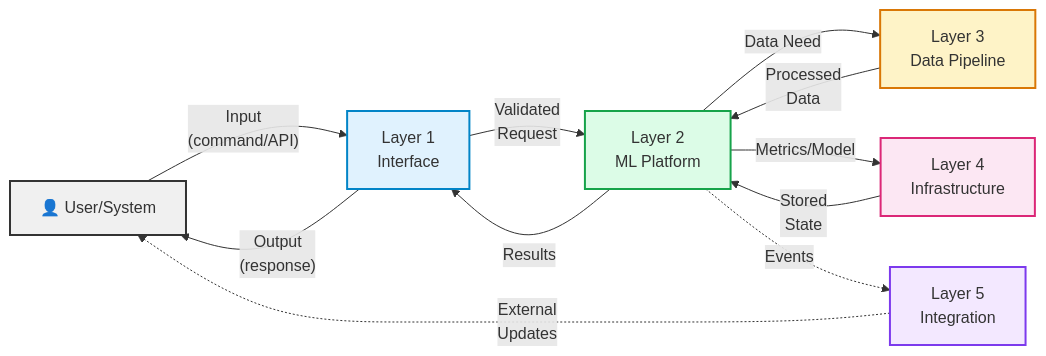
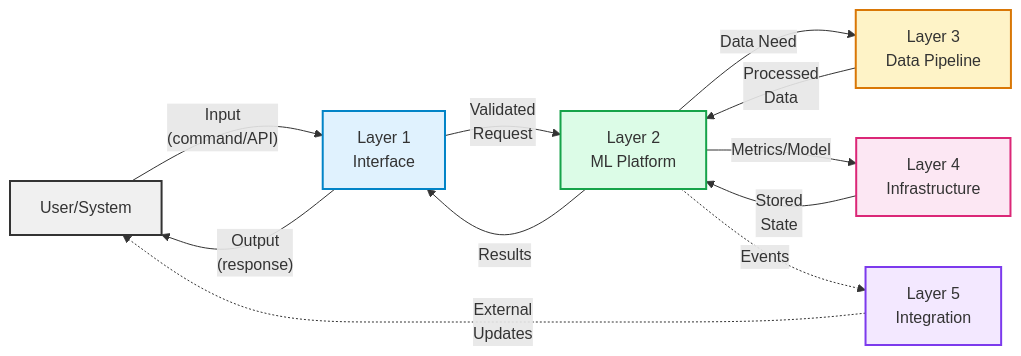
The second of 2 diagrams in docs/architecture/5_LAYER_ARCHITECTURE.md (Aries-Serpent/_codex_), drawn with Mermaid before and after one commit. The commit also changed other lines of this file and 4117 other files, not shown here.

````diff
--- a/docs/architecture/5_LAYER_ARCHITECTURE.md
+++ b/docs/architecture/5_LAYER_ARCHITECTURE.md
@@ -195,20 +210,28 @@
 ```mermaid
 graph LR
-    U["👤 User/System"] -->|"Input<br/>(command/API)"| L1["Layer 1<br/>Interface"]
-    L1 -->|"Validated<br/>Request"| L2["Layer 2<br/>ML Platform"]
-    L2 -->|"Data Need"| L3["Layer 3<br/>Data Pipeline"]
-    L3 -->|"Processed<br/>Data"| L2
-    L2 -->|"Metrics/Model"| L4["Layer 4<br/>Infrastructure"]
-    L4 -->|"Stored<br/>State"| L2
-    L2 -->|"Results"| L1
-    L1 -->|"Output<br/>(response)"| U
-    L2 -.->|"Events"| L5["Layer 5<br/>Integration"]
-    L5 -.->|"External<br/>Updates"| U
 
-    style U fill:#f0f0f0,stroke:#333,stroke-width:2px
-    style L1 fill:#e0f2fe,stroke:#0284c7,stroke-width:2px
-    style L2 fill:#dcfce7,stroke:#16a34a,stroke-width:2px
-    style L3 fill:#fef3c7,stroke:#d97706,stroke-width:2px
-    style L4 fill:#fce7f3,stroke:#db2777,stroke-width:2px
-    style L5 fill:#f3e8ff,stroke:#7c3aed,stroke-width:2px
+ U[" User/System"] -->|"Input<br/>(command/API)"| L1["Layer 1<br/>Interface"]
+
+ L1 -->|"Validated<br/>Request"| L2["Layer 2<br/>ML Platform"]
+
+ L2 -->|"Data Need"| L3["Layer 3<br/>Data Pipeline"]
+
+ L3 -->|"Processed<br/>Data"| L2
+
+ L2 -->|"Metrics/Model"| L4["Layer 4<br/>Infrastructure"]
+
+ L4 -->|"Stored<br/>State"| L2
+
+ L2 -->|"Results"| L1
+
+ L1 -->|"Output<br/>(response)"| U
+ L2 -.->|"Events"| L5["Layer 5<br/>Integration"]
+ L5 -.->|"External<br/>Updates"| U
+
+ style U fill:#f0f0f0,stroke:#333,stroke-width:2px
+ style L1 fill:#e0f2fe,stroke:#0284c7,stroke-width:2px
+ style L2 fill:#dcfce7,stroke:#16a34a,stroke-width:2px
+ style L3 fill:#fef3c7,stroke:#d97706,stroke-width:2px
+ style L4 fill:#fce7f3,stroke:#db2777,stroke-width:2px
+ style L5 fill:#f3e8ff,stroke:#7c3aed,stroke-width:2px
 ```
````
